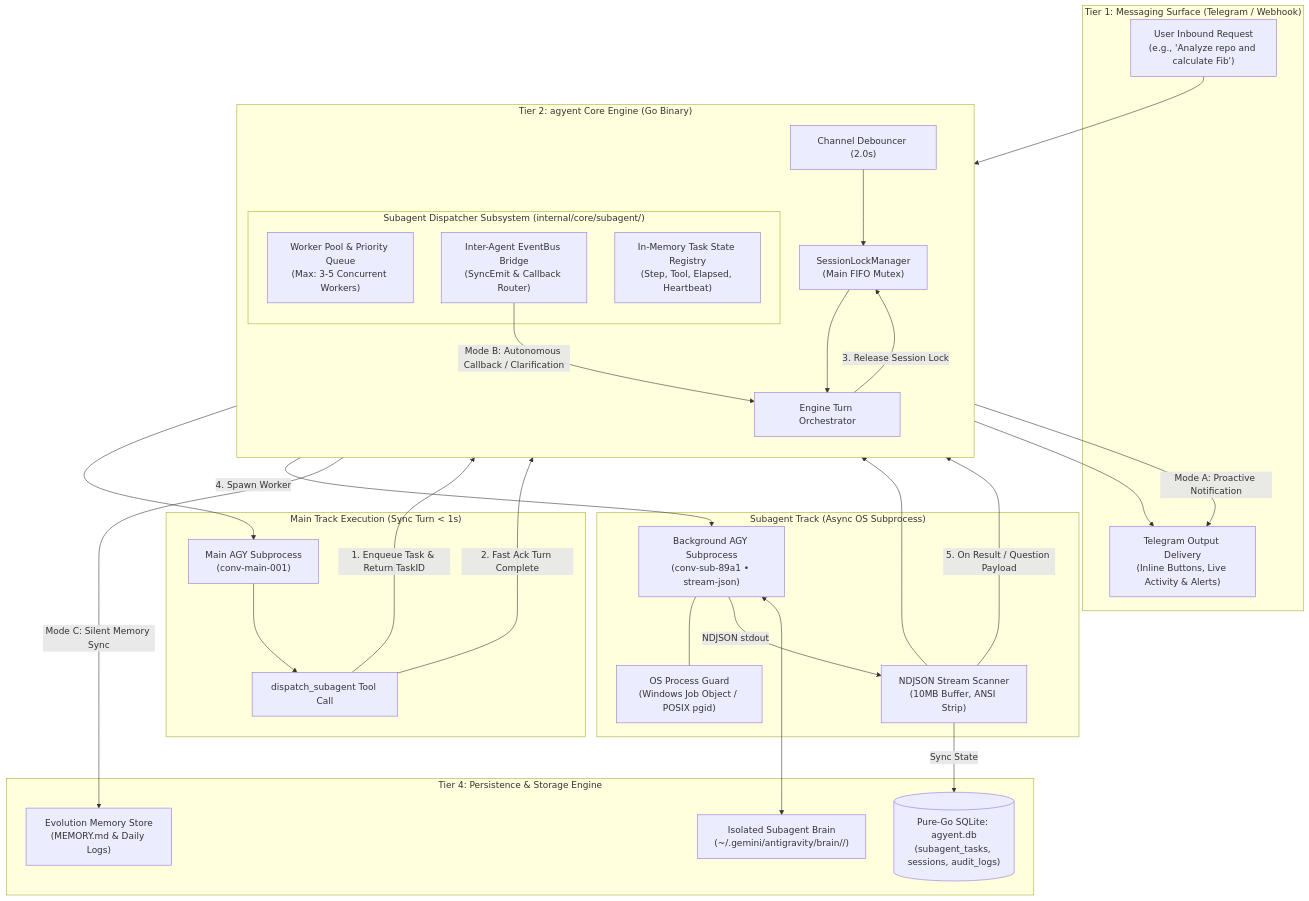
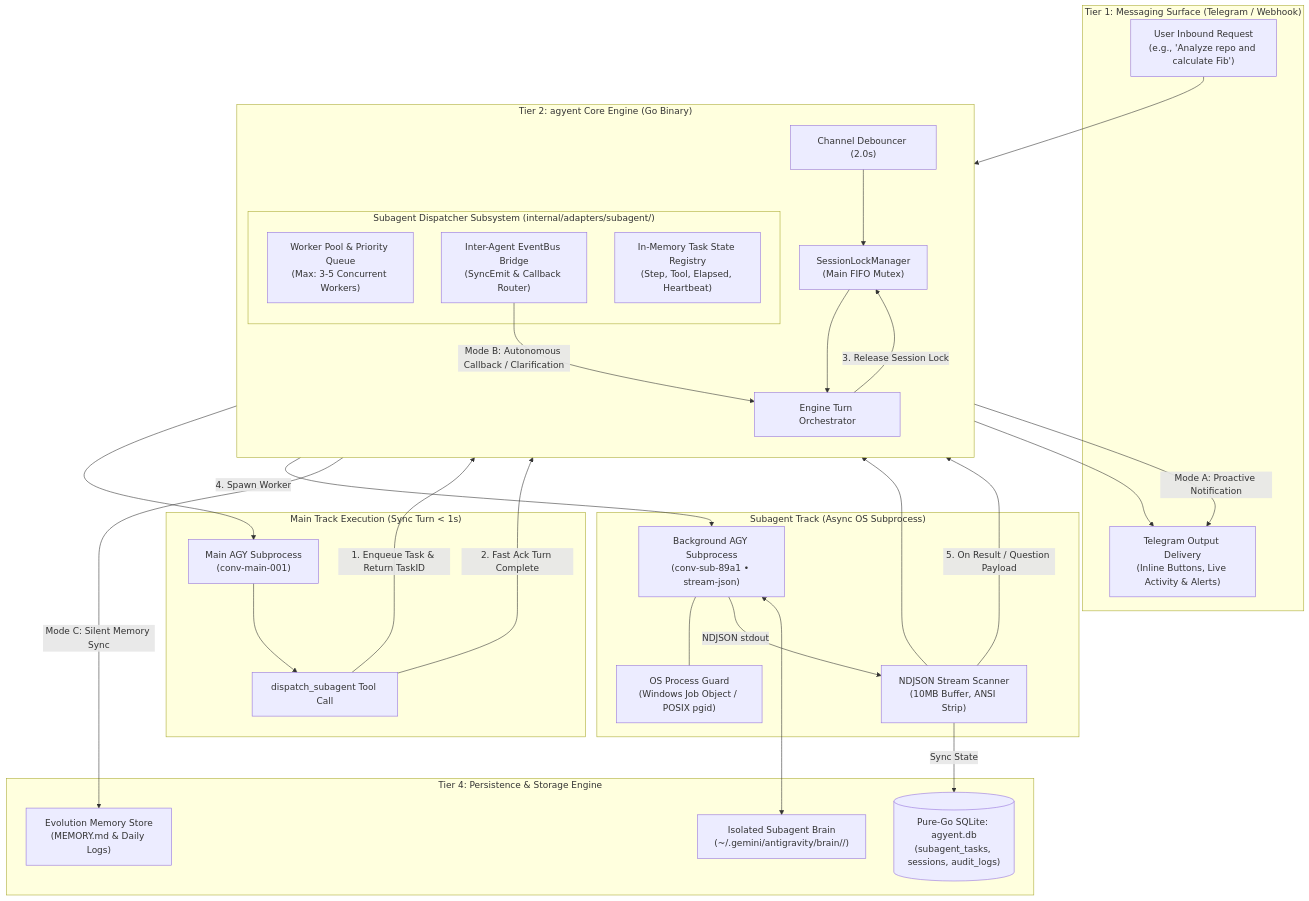
The first of 3 diagrams in docs/subagent-architecture.md (khanhbkqt/agyent), drawn with Mermaid before and after one commit. The commit also changed other lines of this file and 75 other files, not shown here.

Commit message:
docs: standardize architecture and agent workflows

````diff
--- a/docs/subagent-architecture.md
+++ b/docs/subagent-architecture.md
@@ -27,57 +31,57 @@
 ```mermaid
 flowchart TB
     subgraph Channels ["Tier 1: Messaging Surface (Telegram / Webhook)"]
         UserMsg["User Inbound Request\n(e.g., 'Analyze repo and calculate Fib')"]
         TelegramOut["Telegram Output Delivery\n(Inline Buttons, Live Activity & Alerts)"]
     end
 
     subgraph CoreDaemon ["Tier 2: agyent Core Engine (Go Binary)"]
         direction TB
         Debounce["Channel Debouncer (2.0s)"]
         LockMgr["SessionLockManager\n(Main FIFO Mutex)"]
         EngineRouter["Engine Turn Orchestrator"]
         
-        subgraph SubagentSubsystem ["Subagent Dispatcher Subsystem (internal/core/subagent/)"]
+        subgraph SubagentSubsystem ["Subagent Dispatcher Subsystem (internal/adapters/subagent/)"]
             TaskQueue["Worker Pool & Priority Queue\n(Max: 3-5 Concurrent Workers)"]
             StateRegistry["In-Memory Task State Registry\n(Step, Tool, Elapsed, Heartbeat)"]
             EventBridge["Inter-Agent EventBus Bridge\n(SyncEmit & Callback Router)"]
         end
     end
 
     subgraph MainExecution ["Main Track Execution (Sync Turn < 1s)"]
         MainHarness["Main AGY Subprocess\n(conv-main-001)"]
         ToolCall["dispatch_subagent Tool Call"]
     end
 
     subgraph SubagentExecution ["Subagent Track (Async OS Subprocess)"]
         SubHarness["Background AGY Subprocess\n(conv-sub-89a1 • stream-json)"]
         JobGuard["OS Process Guard\n(Windows Job Object / POSIX pgid)"]
         NDJSONScanner["NDJSON Stream Scanner\n(10MB Buffer, ANSI Strip)"]
     end
 
     subgraph StorageTier ["Tier 4: Persistence & Storage Engine"]
         SQLiteDB[("Pure-Go SQLite: agyent.db\n(subagent_tasks, sessions, audit_logs)")]
         SubBrain["Isolated Subagent Brain\n(~/.gemini/antigravity/brain/<sub_id>/)"]
         MemoryStore["Evolution Memory Store\n(MEMORY.md & Daily Logs)"]
     end
 
     UserMsg --> Debounce --> LockMgr --> EngineRouter
     EngineRouter --> MainHarness
     MainHarness --> ToolCall
     ToolCall -->|1. Enqueue Task & Return TaskID| TaskQueue
     ToolCall -->|2. Fast Ack Turn Complete| EngineRouter
     EngineRouter -->|3. Release Session Lock| LockMgr
     EngineRouter --> TelegramOut
 
     TaskQueue -->|4. Spawn Worker| SubHarness
     SubHarness --- JobGuard
     SubHarness -->|NDJSON stdout| NDJSONScanner
     NDJSONScanner --> StateRegistry
     NDJSONScanner -->|Sync State| SQLiteDB
     SubHarness <--> SubBrain
 
     NDJSONScanner -->|5. On Result / Question Payload| EventBridge
     EventBridge -->|Mode A: Proactive Notification| TelegramOut
     EventBridge -->|Mode B: Autonomous Callback / Clarification| EngineRouter
     EventBridge -->|Mode C: Silent Memory Sync| MemoryStore
 ```
````
